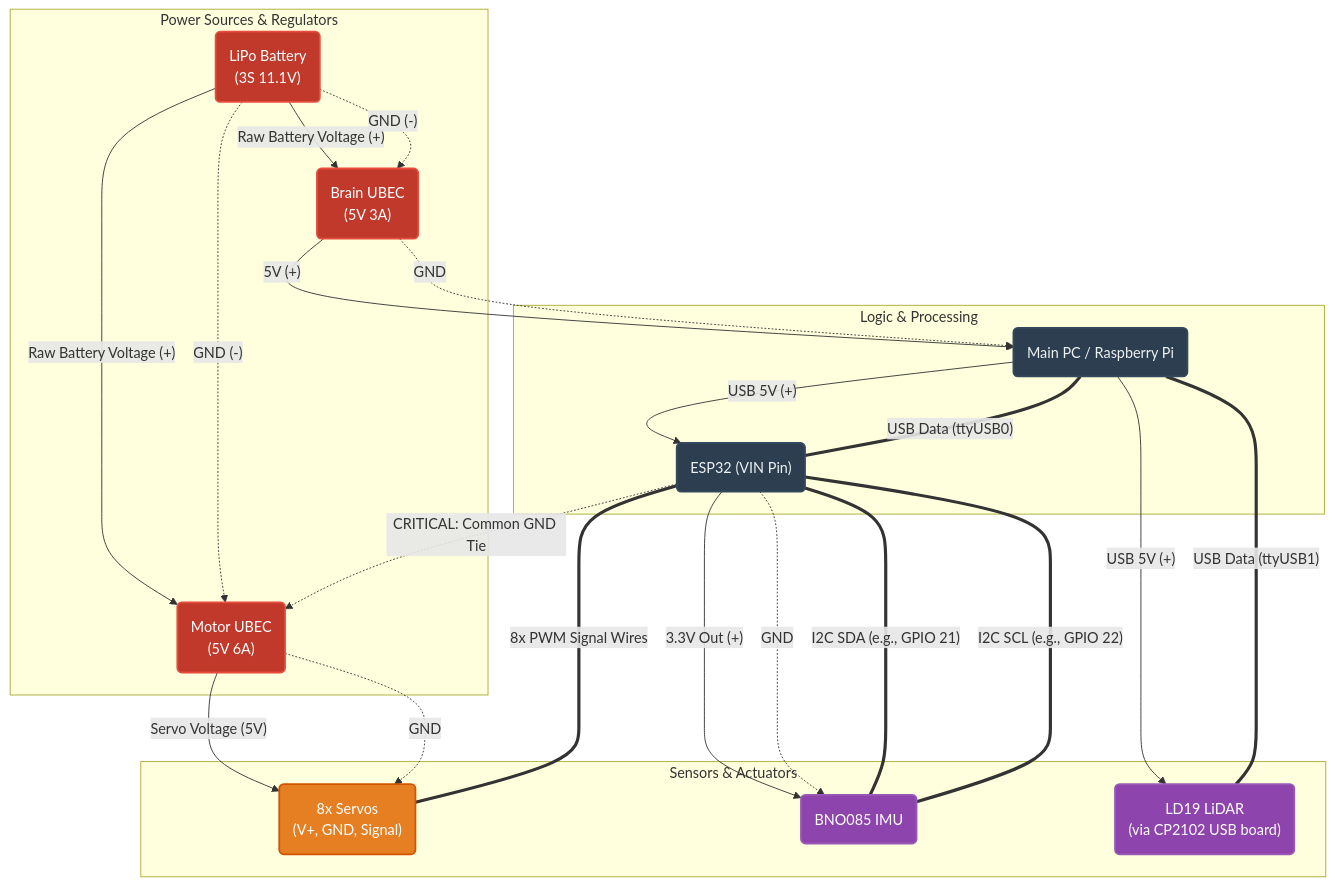
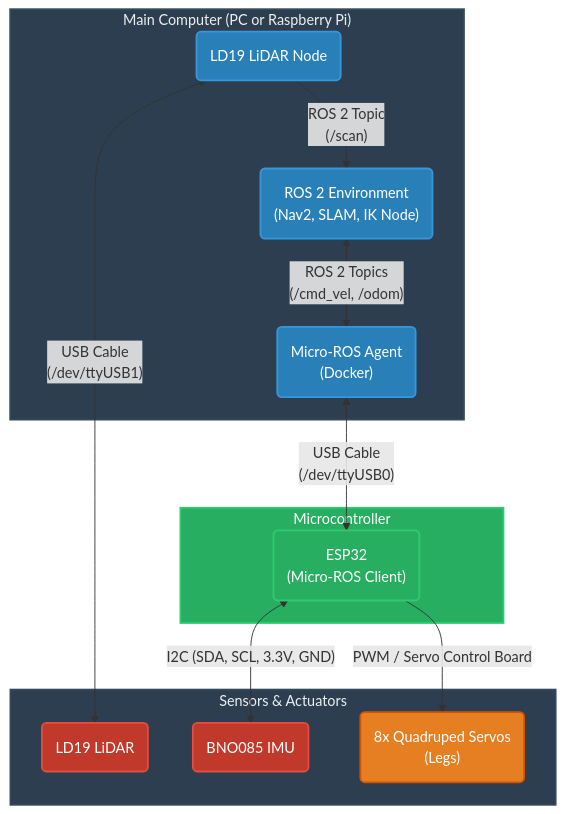
The first of 3 diagrams in README.md (joschmaCYU/Quadruped), drawn with Mermaid before and after one commit. The commit also changed other lines of this file and 3 other files, not shown here.

````diff
--- a/README.md
+++ b/README.md
@@ -70,55 +61,39 @@
 ```mermaid
 graph TD
     %% Define Styles
-    classDef power fill:#c0392b,stroke:#e74c3c,stroke-width:2px,color:#fff
-    classDef compute fill:#2c3e50,stroke:#34495e,stroke-width:2px,color:#ecf0f1
-    classDef sensor fill:#8e44ad,stroke:#9b59b6,stroke-width:2px,color:#fff
-    classDef motor fill:#e67e22,stroke:#d35400,stroke-width:2px,color:#fff
+    classDef pc fill:#2c3e50,stroke:#34495e,stroke-width:2px,color:#ecf0f1
+    classDef esp fill:#27ae60,stroke:#2ecc71,stroke-width:2px,color:#fff
+    classDef sensor fill:#c0392b,stroke:#e74c3c,stroke-width:2px,color:#fff
+    classDef actuator fill:#e67e22,stroke:#d35400,stroke-width:2px,color:#fff
+    classDef software fill:#2980b9,stroke:#3498db,stroke-width:2px,color:#fff
+    subgraph Main_Computer ["Main Computer (PC or Raspberry Pi)"]
+        ROS2("ROS 2 Environment<br>(Nav2, SLAM, IK Node)"):::software
+        U_Agent("Micro-ROS Agent<br>(Docker)"):::software
+        L_Node("LD19 LiDAR Node"):::software
 
-    subgraph Power_Distribution ["Power Sources & Regulators"]
-        BATT("LiPo Battery<br>(3S 11.1V)"):::power
-        UBEC_ESP("Brain UBEC<br>(5V 3A)"):::power
-        UBEC_SRV("Motor UBEC<br>(5V 6A)"):::power
+        ROS2 <-->|"ROS 2 Topics<br>(/cmd_vel, /odom)"| U_Agent
+        L_Node -->|"ROS 2 Topic<br>(/scan)"| ROS2
     end
 
-    subgraph Computing ["Logic & Processing"]
-        PC("Main PC / Raspberry Pi"):::compute
-        ESP32("ESP32 (VIN Pin)"):::compute
+    subgraph Microcontroller ["Microcontroller"]
+        ESP32("ESP32<br>(Micro-ROS Client)"):::esp
     end
 
     subgraph Peripherals ["Sensors & Actuators"]
-        SERVOS("8x Servos<br>(V+, GND, Signal)"):::motor
+        LD19("LD19 LiDAR"):::sensor
         IMU("BNO085 IMU"):::sensor
-        LD19("LD19 LiDAR<br>(via CP2102 USB board)"):::sensor
+        Servos("8x Quadruped Servos<br>(Legs)"):::actuator
     end
 
-    %% --- POWER ROUTING (Solid Lines) ---
-    BATT -->|"Raw Battery Voltage (+)"| UBEC_ESP
-    BATT -->|"Raw Battery Voltage (+)"| UBEC_SRV
+    %% Hardware Connections
+    U_Agent <-->|"USB Cable<br>(/dev/ttyUSB0)"| ESP32
+    L_Node <-->|"USB Cable<br>(/dev/ttyUSB1)"| LD19
 
-    UBEC_ESP -->|"5V (+)"| PC
-    UBEC_SRV -->|"Servo Voltage (5V)"| SERVOS
+    ESP32 <-->|"I2C (SDA, SCL, 3.3V, GND)"| IMU
+    ESP32 -->|"PWM / Servo Control Board"| Servos
 
-    ESP32 -->|"3.3V Out (+)"| IMU
-    PC -->|"USB 5V (+)"| LD19
-
-    %% --- GROUND ROUTING (Dotted Lines) ---
-    BATT -.->|"GND (-)"| UBEC_ESP
-    BATT -.->|"GND (-)"| UBEC_SRV
-    UBEC_ESP -.->|"GND"| PC
-    UBEC_SRV -.->|"GND"| SERVOS
-    ESP32 -.->|"GND"| IMU
-
-    %% CRITICAL: Common Ground Tie
-    ESP32 -.->|"CRITICAL: Common GND Tie"| UBEC_SRV
-
-    %% --- DATA ROUTING (Thick Lines) ---
-    PC -->|"USB 5V (+)"| ESP32
-    PC ===|"USB Data (ttyUSB0)"| ESP32
-    PC ===|"USB Data (ttyUSB1)"| LD19
-
-    ESP32 ===|"I2C SDA (e.g., GPIO 21)"| IMU
-    ESP32 ===|"I2C SCL (e.g., GPIO 22)"| IMU
-
-    ESP32 ===|"8x PWM Signal Wires"| SERVOS
+    %% Apply Styles
+    class Main_Computer pc
+    class Microcontroller esp
+    class Peripherals pc
 ```
````
